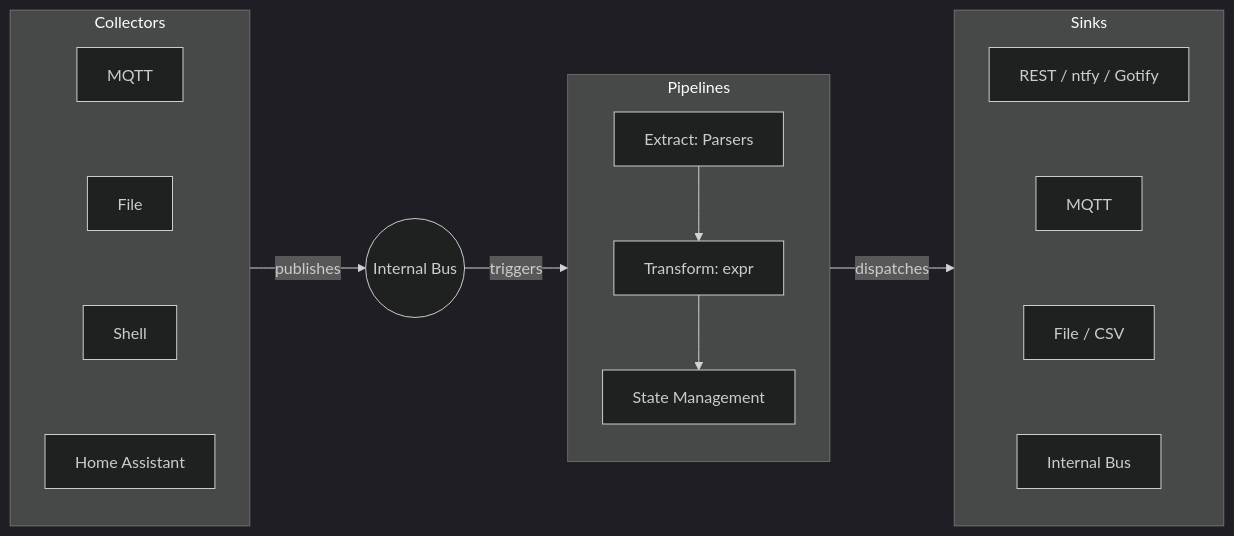
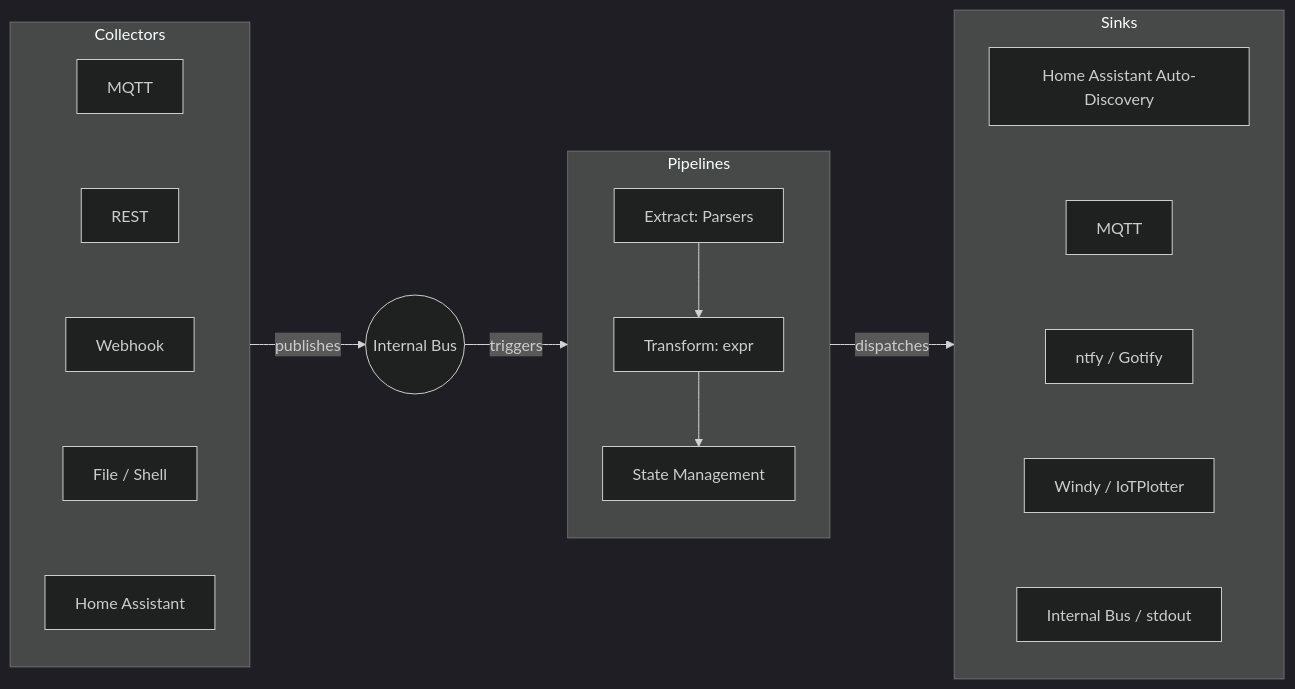
The diagram in README.md (mekops-labs/siphon), drawn with Mermaid (dark theme) before and after one commit. The commit also changed other lines of this file, not shown here.

Commit message:
README: udpate with latest changes

````diff
--- a/README.md
+++ b/README.md
@@ -21,31 +21,33 @@
 ```mermaid
 graph LR
     subgraph Sources [Collectors]
         A1[MQTT]
-        A2[File]
-        A3[Shell]
-        A4[Home Assistant]
-        A1 ~~~ A2 ~~~ A3 ~~~ A4
+        A2[REST]
+        A3[Webhook]
+        A4[File / Shell]
+        A5[Home Assistant]
+        A1 ~~~ A2 ~~~ A3 ~~~ A4 ~~~ A5
     end
 
     B((Internal Bus))
 
     subgraph Processing [Pipelines]
         C1[Extract: Parsers]
         C2[Transform: expr]
         C3[State Management]
         C1 --> C2 --> C3
     end
 
     subgraph Destinations [Sinks]
-        D1[REST / ntfy / Gotify]
+        D1[Home Assistant Auto-Discovery]
         D2[MQTT]
-        D3[File / CSV]
-        D4[Internal Bus]
-        D1 ~~~ D2 ~~~ D3 ~~~ D4
+        D3[ntfy / Gotify]
+        D4[Windy / IoTPlotter]
+        D5[Internal Bus / stdout]
+        D1 ~~~ D2 ~~~ D3 ~~~ D4 ~~~ D5
     end
 
     Sources -- publishes --> B
     B -- triggers --> Processing
     Processing -- dispatches --> Destinations
 ```
````
